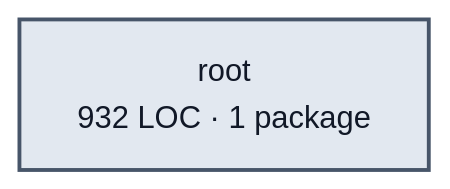
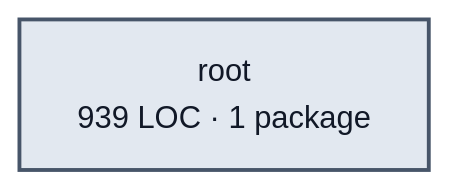
The diagram in docs/architecture/visualizations/services/edges.md (portpowered/you-agent-factory), drawn with Mermaid (base theme) before and after one commit. The commit also changed other lines of this file and 20 other files, not shown here.

Commit message:
docs: refresh backend architecture visualizations

````diff
--- a/docs/architecture/visualizations/services/edges.md
+++ b/docs/architecture/visualizations/services/edges.md
@@ -11,5 +11,5 @@
 ```mermaid
 flowchart LR
-  p0["root<br/>932 LOC · 1 package"]
+  p0["root<br/>939 LOC · 1 package"]
   style p0 fill:#e2e8f0,stroke:#475569,stroke-width:2px,color:#111827
 ```
````
